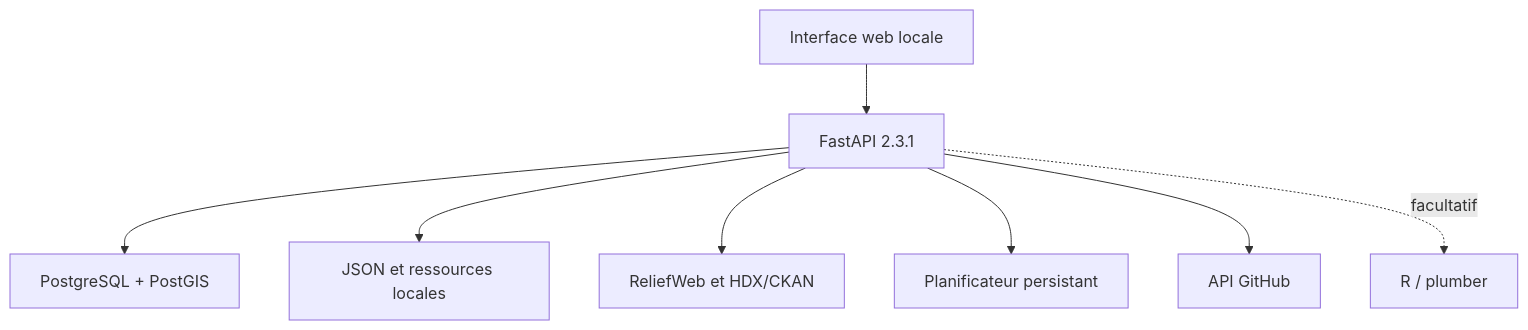
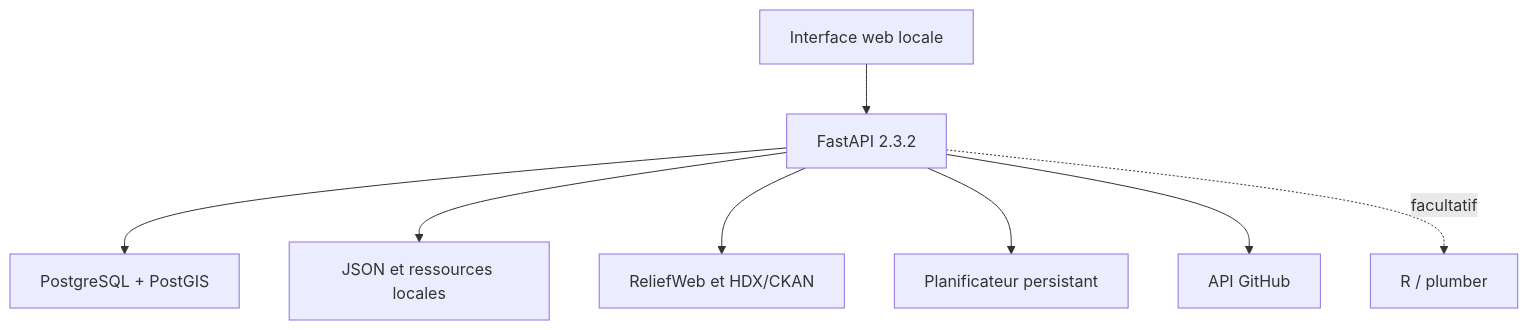
The diagram in docs/ARCHITECTURE.md (B-DAUTRIF/humanitarian-data-platform), drawn with Mermaid before and after one commit. The commit also changed other lines of this file and 39 other files, not shown here.

````diff
--- a/docs/ARCHITECTURE.md
+++ b/docs/ARCHITECTURE.md
@@ -5,10 +5,10 @@
 ```mermaid
 flowchart TD
-    U["Interface web locale"] --> A["FastAPI 2.3.1"]
+    U["Interface web locale"] --> A["FastAPI 2.3.2"]
     A --> P["PostgreSQL + PostGIS"]
     A --> F["JSON et ressources locales"]
     A --> X["ReliefWeb et HDX/CKAN"]
     A --> S["Planificateur persistant"]
     A --> G["API GitHub"]
     A -. facultatif .-> R["R / plumber"]
 ```
````
